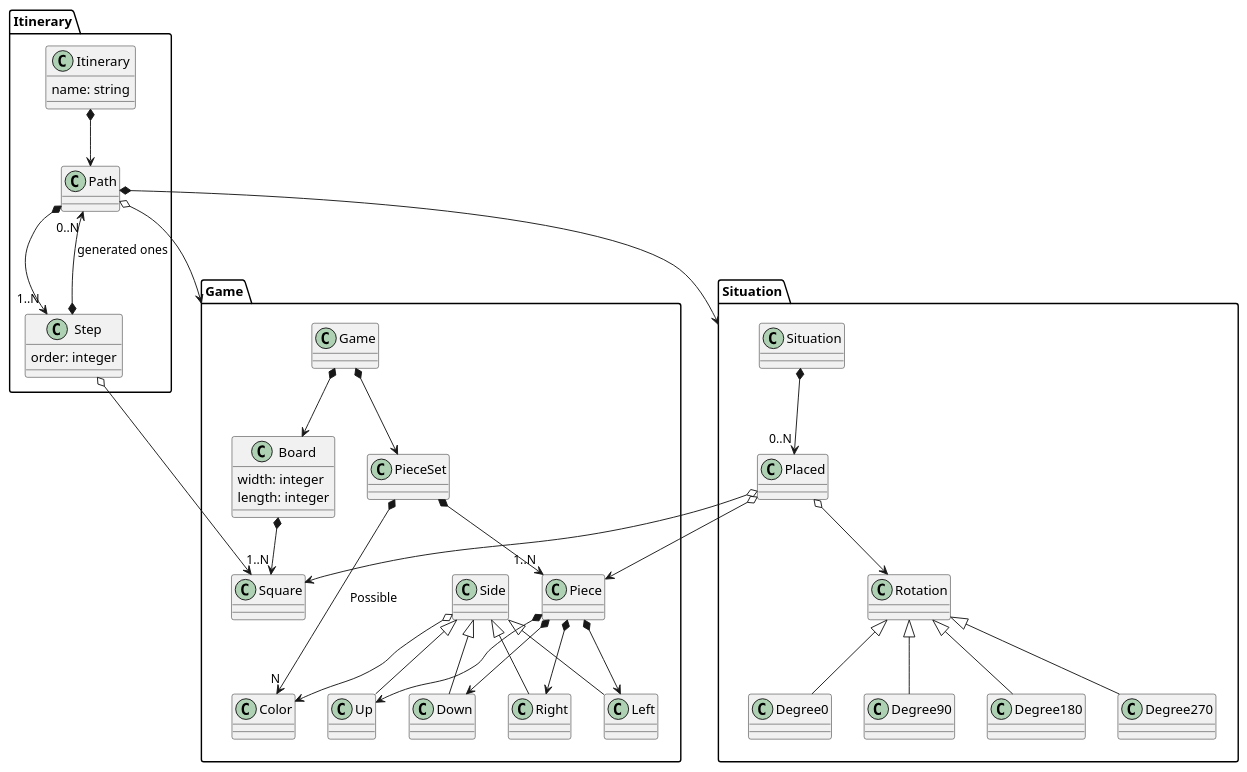
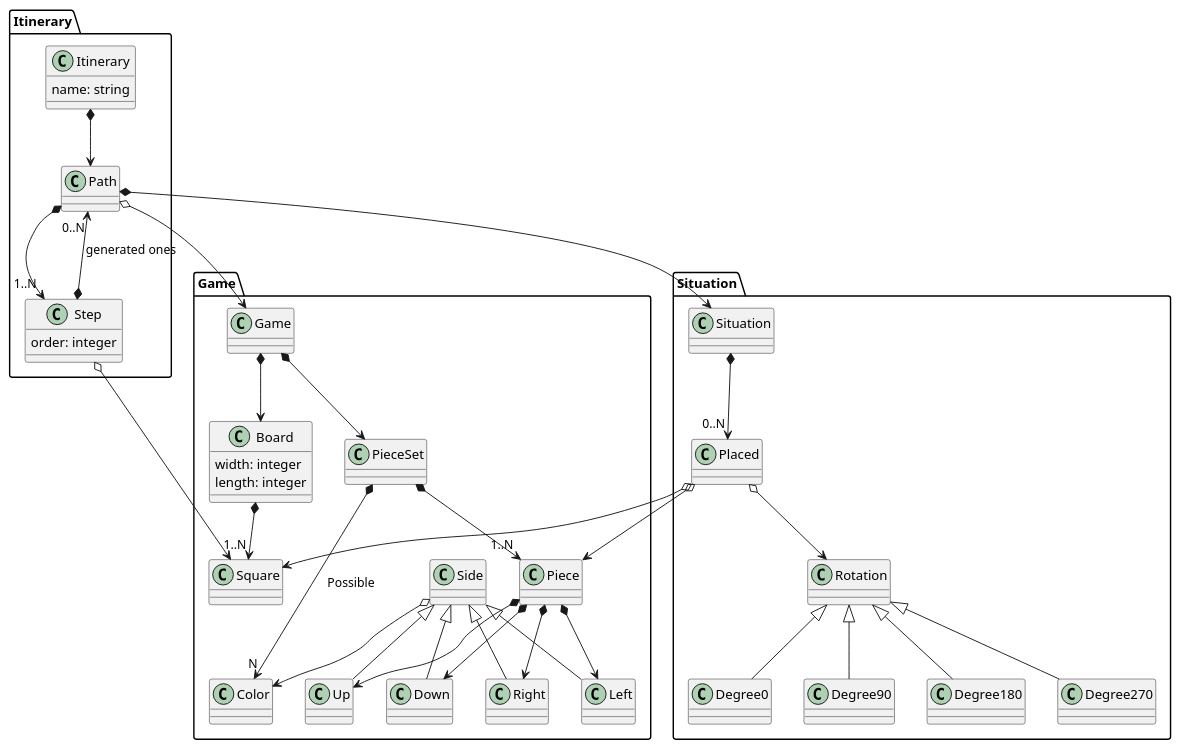
Before and after one commit to IgnacioMaestro/Eternity2: the diagram in doc/DomainModelDiagram/DomainModelDiagram.puml, drawn with PlantUML.

Commit message:
feat: improve diagram

```diff
--- a/doc/DomainModelDiagram/DomainModelDiagram.puml
+++ b/doc/DomainModelDiagram/DomainModelDiagram.puml
@@ -1,59 +1,59 @@
 @startuml
 package Game{
     class Game
     class Board {
         width: integer
         length: integer
     }
     class Square
     class PieceSet
     class Piece
     class Color
     class Side
 
     Game *--> Board
     Game *--> PieceSet
     Board *--> "1..N" Square
     PieceSet *--> "N" Color: Possible
     Piece *--> Up
     Piece *--> Right
     Piece *--> Down
     Piece *--> Left
     PieceSet *--> "1..N" Piece
     Side o--> Color
     Side <|-- Up : ""
     Side <|-- Right
     Side <|-- Down: ""
     Side <|-- Left
 }
 package Situation {
     class Situation
     class Placed
     class Rotation
 
     Placed o--> Rotation
     Situation *--> "0..N" Placed
     Rotation <|-- Degree0
     Rotation <|-- Degree90
     Rotation <|-- Degree180
     Rotation <|-- Degree270
 }
 package Itinerary {
     class Itinerary {
         name: string
     }
     class Path
     class Step {
         order: integer
     }
 
     Path *--> "1..N" Step
     Itinerary *--> Path
     Step *--> "0..N" Path : "generated ones"
 }
-Path o--> Game
-Path *--> Situation
+Path o--> Game.Game
+Path *--> Situation.Situation
 Placed o--> Square
 Placed o--> Piece
 Step o--> Square
 @enduml
```
